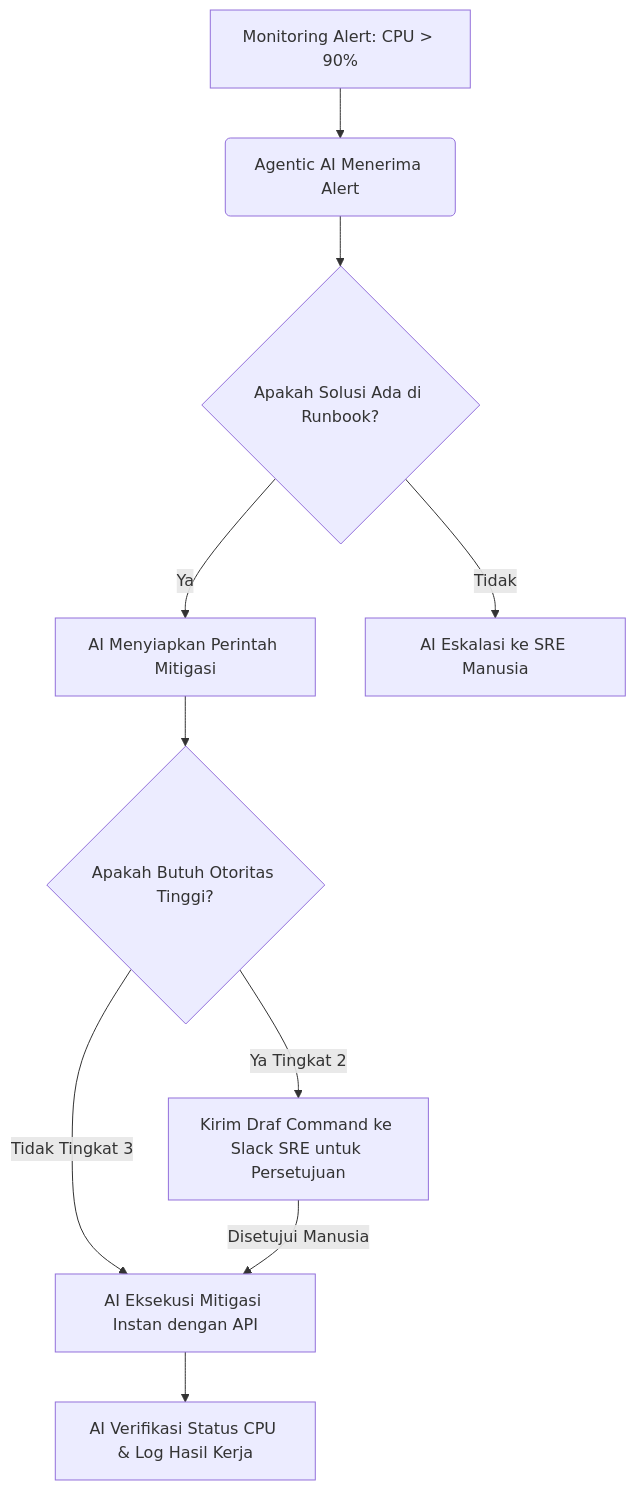
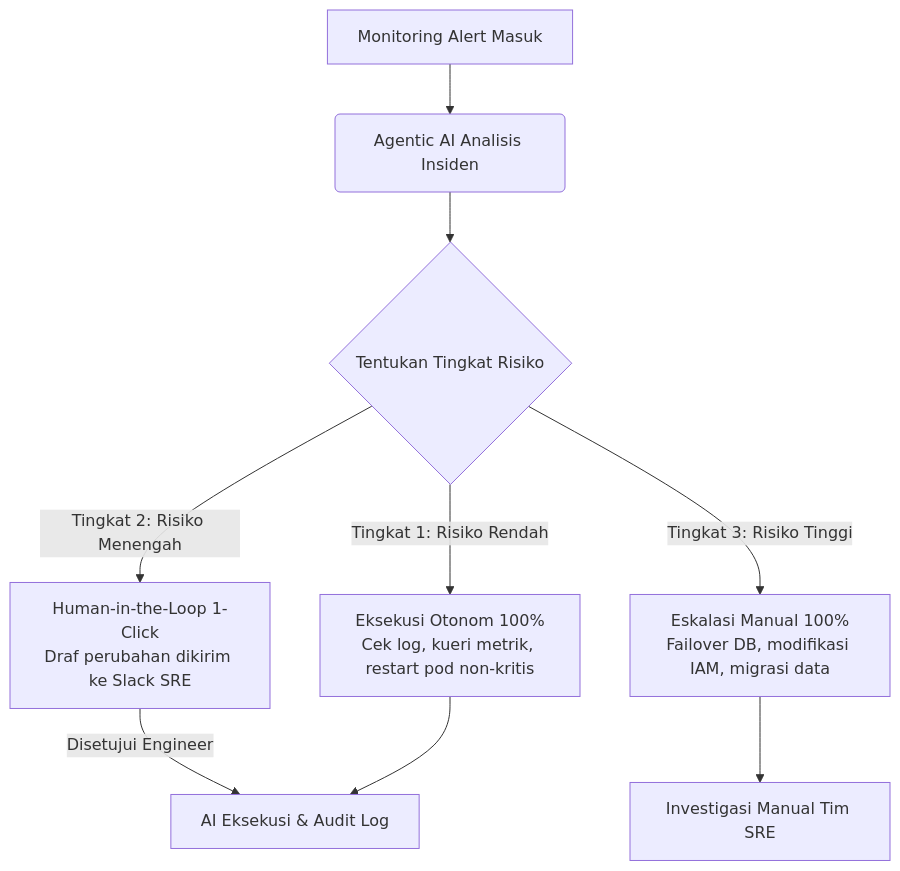
The diagram in _posts/2026-08-16-mendesain-alur-kerja-agentic-ai.md (abdul-zailani/abdul-zailani.github.io), drawn with Mermaid before and after one commit. The commit also changed other lines of this file and 21 other files, not shown here.

````diff
--- a/_posts/2026-08-16-mendesain-alur-kerja-agentic-ai.md
+++ b/_posts/2026-08-16-mendesain-alur-kerja-agentic-ai.md
@@ -104,12 +48,11 @@
 ```mermaid
 graph TD
-    A[Monitoring Alert: CPU > 90%] --> B(Agentic AI Menerima Alert)
-    B --> C{Apakah Solusi Ada di Runbook?}
-    C -- Ya --> D[AI Menyiapkan Perintah Mitigasi]
-    C -- Tidak --> E[AI Eskalasi ke SRE Manusia]
-    D --> F{Apakah Butuh Otoritas Tinggi?}
-    F -- Ya Tingkat 2 --> G[Kirim Draf Command ke Slack SRE untuk Persetujuan]
-    F -- Tidak Tingkat 3 --> H[AI Eksekusi Mitigasi Instan dengan API]
-    G -->|Disetujui Manusia| H
-    H --> I[AI Verifikasi Status CPU & Log Hasil Kerja]
+    A[Monitoring Alert Masuk] --> B(Agentic AI Analisis Insiden)
+    B --> C{Tentukan Tingkat Risiko}
+    C -->|Tingkat 1: Risiko Rendah| D[Eksekusi Otonom 100%<br>Cek log, kueri metrik, restart pod non-kritis]
+    C -->|Tingkat 2: Risiko Menengah| E[Human-in-the-Loop 1-Click<br>Draf perubahan dikirim ke Slack SRE]
+    C -->|Tingkat 3: Risiko Tinggi| F[Eskalasi Manual 100%<br>Failover DB, modifikasi IAM, migrasi data]
+    E -->|Disetujui Engineer| G[AI Eksekusi & Audit Log]
+    D --> G
+    F --> H[Investigasi Manual Tim SRE]
 ```
````
